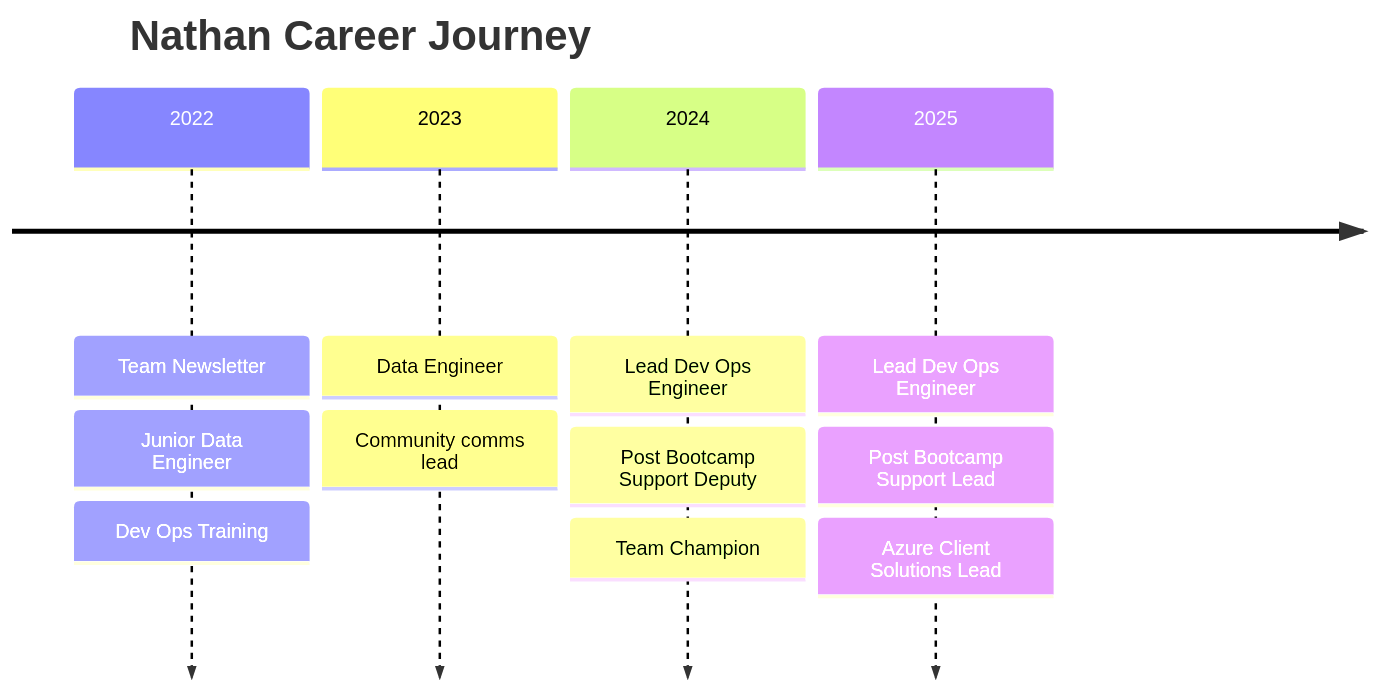
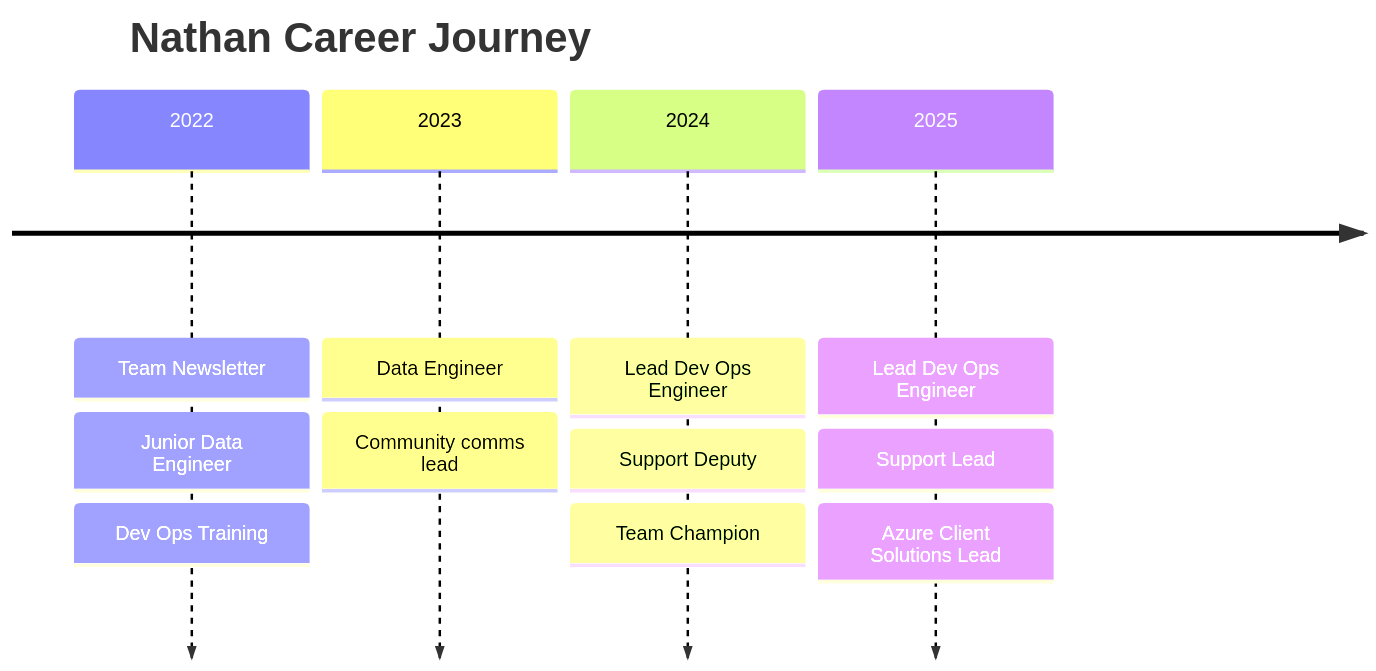
The diagram in Graphs/careerJourney.md (NathanD98/Mermaid-graphs), drawn with Mermaid before and after one commit.

````diff
--- a/Graphs/careerJourney.md
+++ b/Graphs/careerJourney.md
@@ -1,15 +1,15 @@
 ``` mermaid
 timeline  
   title Nathan Career Journey 
   2022 : Team Newsletter  
        : Junior Data Engineer  
        : Dev Ops Training    
   2023 : Data Engineer     
        : Community comms lead   
   2024 : Lead Dev Ops Engineer      
-       : Post Bootcamp Support Deputy       
+       : Support Deputy       
        : Team Champion   
   2025 : Lead Dev Ops Engineer  
-       : Post Bootcamp Support Lead      
+       : Support Lead      
        : Azure Client Solutions Lead
 ```
````
